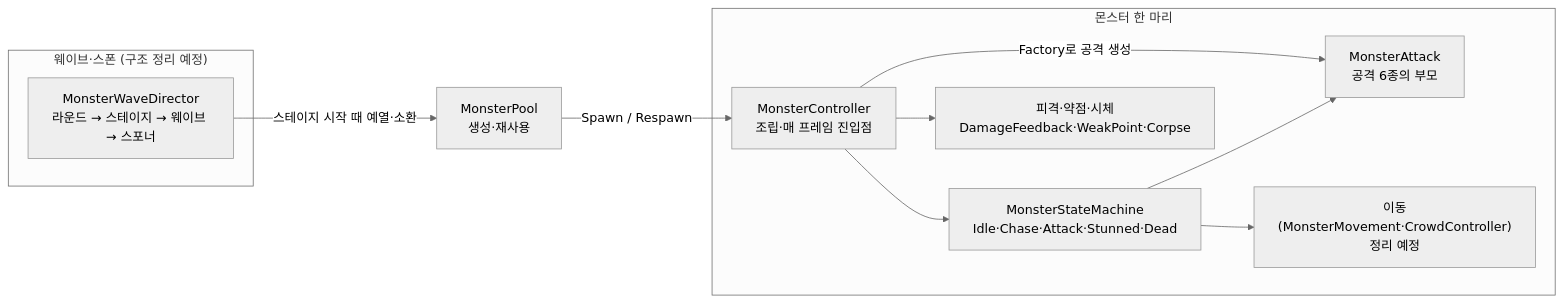
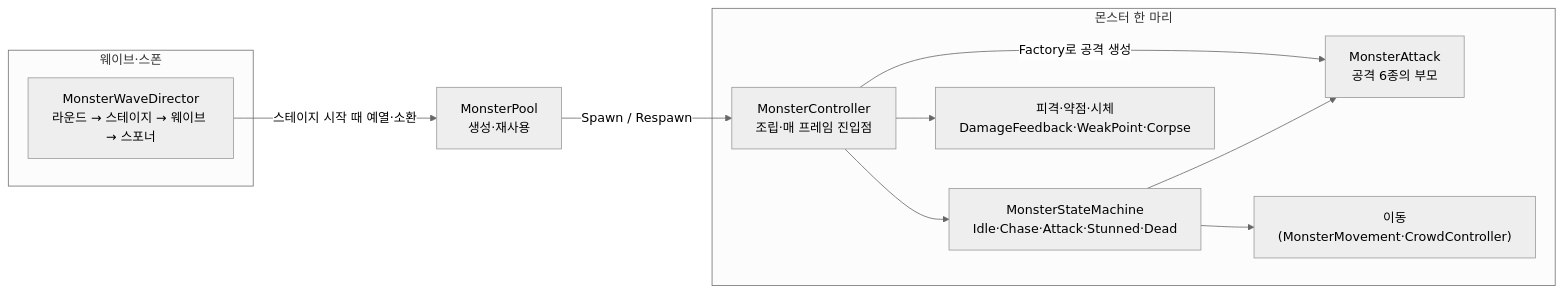
The second of 6 diagrams in src/5-hive-purge/기술문서.md (MountainHS/portfolio), drawn with Mermaid (neutral theme) before and after one commit. The commit also changed other lines of this file and 1 other file, not shown here.

````diff
--- a/src/5-hive-purge/기술문서.md
+++ b/src/5-hive-purge/기술문서.md
@@ -84,21 +89,21 @@
 ```mermaid
 flowchart LR
-    subgraph Wave["웨이브·스폰 (구조 정리 예정)"]
+    subgraph Wave["웨이브·스폰"]
         Director["MonsterWaveDirector<br/>라운드 → 스테이지 → 웨이브 → 스포너"]
     end
     Pool["MonsterPool<br/>생성·재사용"]
     subgraph Monster["몬스터 한 마리"]
         Controller["MonsterController<br/>조립·매 프레임 진입점"]
         FSM["MonsterStateMachine<br/>Idle·Chase·Attack·Stunned·Dead"]
         Attack["MonsterAttack<br/>공격 6종의 부모"]
-        Move["이동<br/>(MonsterMovement·CrowdController)<br/>정리 예정"]
+        Move["이동<br/>(MonsterMovement·CrowdController)"]
         Feedback["피격·약점·시체<br/>DamageFeedback·WeakPoint·Corpse"]
     end
     Director -->|"스테이지 시작 때 예열·소환"| Pool
     Pool -->|"Spawn / Respawn"| Controller
     Controller --> FSM
     Controller --> Feedback
     FSM --> Attack
     FSM --> Move
     Controller -->|"Factory로 공격 생성"| Attack
 ```
````
